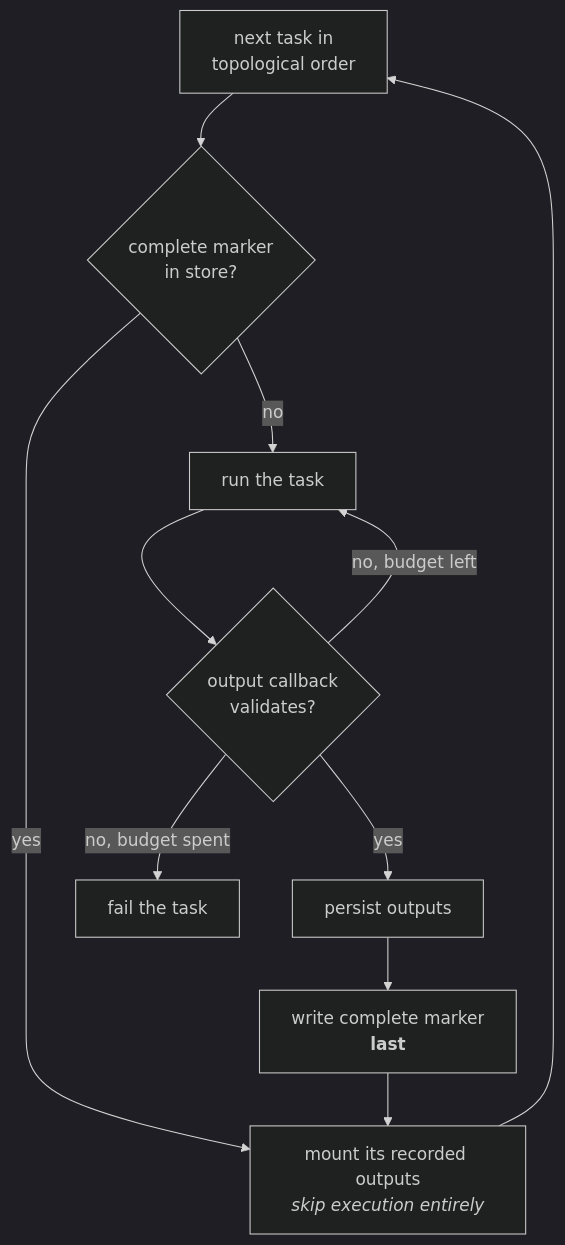
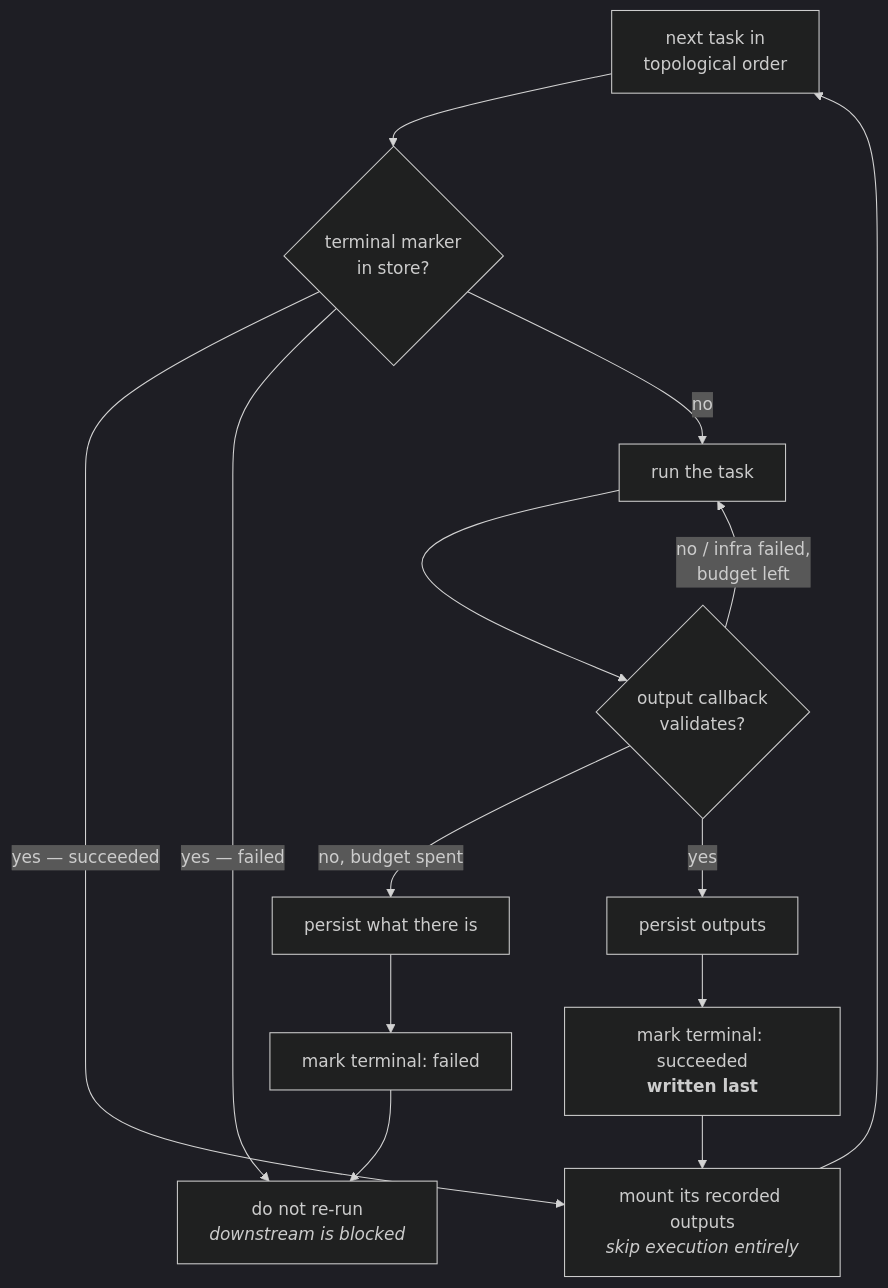
The fourth of 4 diagrams in docs/decisions/ADR-0007-task-and-workflow-layer.md (Luolc/swe-lab), drawn with Mermaid (dark theme) before and after one commit. The commit also changed other lines of this file and 1 other file, not shown here.

First line of the commit message:
docs(decisions): complete means terminal — success and failure both

````diff
--- a/docs/decisions/ADR-0007-task-and-workflow-layer.md
+++ b/docs/decisions/ADR-0007-task-and-workflow-layer.md
@@ -219,13 +238,14 @@
 ```mermaid
 flowchart TB
-  N["next task in<br/>topological order"] --> C{"complete marker<br/>in store?"}
-  C -->|yes| M["mount its recorded outputs<br/><i>skip execution entirely</i>"]
+  N["next task in<br/>topological order"] --> C{"terminal marker<br/>in store?"}
+  C -->|"yes — succeeded"| M["mount its recorded outputs<br/><i>skip execution entirely</i>"]
+  C -->|"yes — failed"| B["do not re-run<br/><i>downstream is blocked</i>"]
   C -->|no| R["run the task"]
   R --> V{"output callback<br/>validates?"}
-  V -->|no, budget left| R
-  V -->|no, budget spent| F["fail the task"]
+  V -->|"no / infra failed,<br/>budget left"| R
+  V -->|"no, budget spent"| FP["persist what there is"] --> FK["mark terminal: failed"] --> B
   V -->|yes| P["persist outputs"]
-  P --> K["write complete marker<br/><b>last</b>"]
+  P --> K["mark terminal: succeeded<br/><b>written last</b>"]
   K --> M
   M --> N
 ```
````
